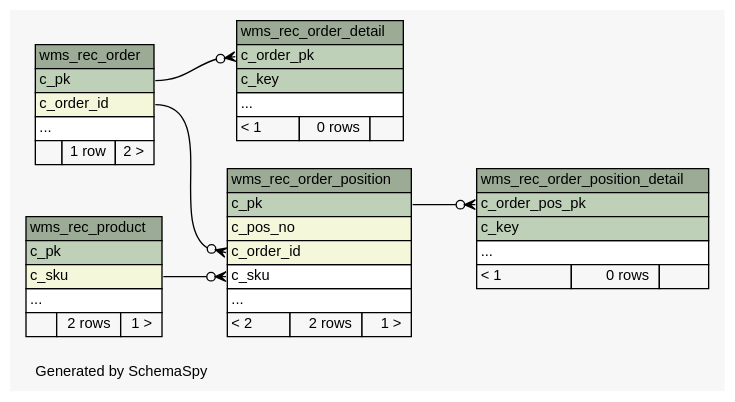
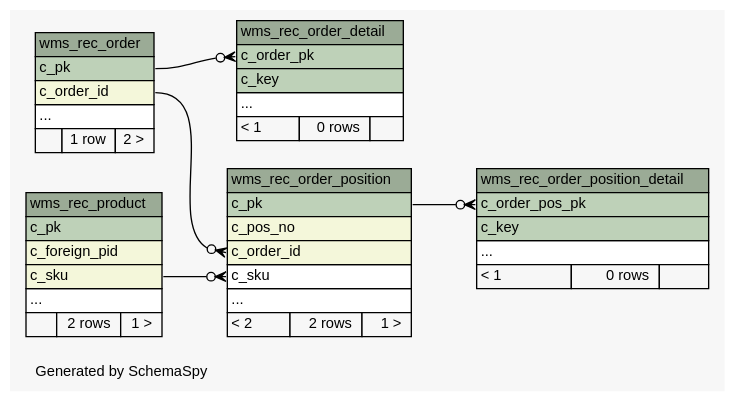
One commit to openwms/org.openwms.wms.receiving.lib changed the diagram in 1.0.0-SNAPSHOT/schemaspy/diagrams/summary/relationships.real.compact.dot. Above: the diagram before and after it, drawn with Graphviz. The commit also changed 276 other files, not shown here.

```diff
--- a/1.0.0-SNAPSHOT/schemaspy/diagrams/summary/relationships.real.compact.dot
+++ b/1.0.0-SNAPSHOT/schemaspy/diagrams/summary/relationships.real.compact.dot
@@ -1,88 +1,89 @@
 // dot 2.43.0 on Linux 5.8.0-1039-azure
 // SchemaSpy rev Unknown
 digraph "compactRelationshipsDiagram" {
   graph [
     rankdir="RL"
     bgcolor="#f7f7f7"
     label="\nGenerated by SchemaSpy"
     labeljust="l"
     nodesep="0.18"
     ranksep="0.46"
     fontname="Helvetica"
     fontsize="11"
   ];
   node [
     fontname="Helvetica"
     fontsize="11"
     shape="plaintext"
   ];
   edge [
     arrowsize="0.8"
   ];
   "wms_rec_order" [
     label=<
     <TABLE BORDER="0" CELLBORDER="1" CELLSPACING="0" BGCOLOR="#ffffff">
       <TR><TD COLSPAN="3" BGCOLOR="#9bab96" ALIGN="CENTER">wms_rec_order</TD></TR>
       <TR><TD PORT="c_pk" COLSPAN="3" BGCOLOR="#bed1b8" ALIGN="LEFT">c_pk</TD></TR>
       <TR><TD PORT="c_order_id" COLSPAN="3" BGCOLOR="#f4f7da" ALIGN="LEFT">c_order_id</TD></TR>
       <TR><TD PORT="elipses" COLSPAN="3" ALIGN="LEFT">...</TD></TR>
       <TR><TD ALIGN="LEFT" BGCOLOR="#f7f7f7">  </TD><TD ALIGN="RIGHT" BGCOLOR="#f7f7f7">1 row</TD><TD ALIGN="RIGHT" BGCOLOR="#f7f7f7">2 &gt;</TD></TR>
     </TABLE>>
     URL="tables/wms_rec_order.html"
     tooltip="wms_rec_order"
   ];
   "wms_rec_order_detail" [
     label=<
     <TABLE BORDER="0" CELLBORDER="1" CELLSPACING="0" BGCOLOR="#ffffff">
       <TR><TD COLSPAN="3" BGCOLOR="#9bab96" ALIGN="CENTER">wms_rec_order_detail</TD></TR>
       <TR><TD PORT="c_order_pk" COLSPAN="3" BGCOLOR="#bed1b8" ALIGN="LEFT">c_order_pk</TD></TR>
       <TR><TD PORT="c_key" COLSPAN="3" BGCOLOR="#bed1b8" ALIGN="LEFT">c_key</TD></TR>
       <TR><TD PORT="elipses" COLSPAN="3" ALIGN="LEFT">...</TD></TR>
       <TR><TD ALIGN="LEFT" BGCOLOR="#f7f7f7">&lt; 1</TD><TD ALIGN="RIGHT" BGCOLOR="#f7f7f7">0 rows</TD><TD ALIGN="RIGHT" BGCOLOR="#f7f7f7">  </TD></TR>
     </TABLE>>
     URL="tables/wms_rec_order_detail.html"
     tooltip="wms_rec_order_detail"
   ];
   "wms_rec_order_position" [
     label=<
     <TABLE BORDER="0" CELLBORDER="1" CELLSPACING="0" BGCOLOR="#ffffff">
       <TR><TD COLSPAN="3" BGCOLOR="#9bab96" ALIGN="CENTER">wms_rec_order_position</TD></TR>
       <TR><TD PORT="c_pk" COLSPAN="3" BGCOLOR="#bed1b8" ALIGN="LEFT">c_pk</TD></TR>
       <TR><TD PORT="c_pos_no" COLSPAN="3" BGCOLOR="#f4f7da" ALIGN="LEFT">c_pos_no</TD></TR>
       <TR><TD PORT="c_order_id" COLSPAN="3" BGCOLOR="#f4f7da" ALIGN="LEFT">c_order_id</TD></TR>
       <TR><TD PORT="c_sku" COLSPAN="3" ALIGN="LEFT">c_sku</TD></TR>
       <TR><TD PORT="elipses" COLSPAN="3" ALIGN="LEFT">...</TD></TR>
       <TR><TD ALIGN="LEFT" BGCOLOR="#f7f7f7">&lt; 2</TD><TD ALIGN="RIGHT" BGCOLOR="#f7f7f7">2 rows</TD><TD ALIGN="RIGHT" BGCOLOR="#f7f7f7">1 &gt;</TD></TR>
     </TABLE>>
     URL="tables/wms_rec_order_position.html"
     tooltip="wms_rec_order_position"
   ];
   "wms_rec_order_position_detail" [
     label=<
     <TABLE BORDER="0" CELLBORDER="1" CELLSPACING="0" BGCOLOR="#ffffff">
       <TR><TD COLSPAN="3" BGCOLOR="#9bab96" ALIGN="CENTER">wms_rec_order_position_detail</TD></TR>
       <TR><TD PORT="c_order_pos_pk" COLSPAN="3" BGCOLOR="#bed1b8" ALIGN="LEFT">c_order_pos_pk</TD></TR>
       <TR><TD PORT="c_key" COLSPAN="3" BGCOLOR="#bed1b8" ALIGN="LEFT">c_key</TD></TR>
       <TR><TD PORT="elipses" COLSPAN="3" ALIGN="LEFT">...</TD></TR>
       <TR><TD ALIGN="LEFT" BGCOLOR="#f7f7f7">&lt; 1</TD><TD ALIGN="RIGHT" BGCOLOR="#f7f7f7">0 rows</TD><TD ALIGN="RIGHT" BGCOLOR="#f7f7f7">  </TD></TR>
     </TABLE>>
     URL="tables/wms_rec_order_position_detail.html"
     tooltip="wms_rec_order_position_detail"
   ];
   "wms_rec_product" [
     label=<
     <TABLE BORDER="0" CELLBORDER="1" CELLSPACING="0" BGCOLOR="#ffffff">
       <TR><TD COLSPAN="3" BGCOLOR="#9bab96" ALIGN="CENTER">wms_rec_product</TD></TR>
       <TR><TD PORT="c_pk" COLSPAN="3" BGCOLOR="#bed1b8" ALIGN="LEFT">c_pk</TD></TR>
+      <TR><TD PORT="c_foreign_pid" COLSPAN="3" BGCOLOR="#f4f7da" ALIGN="LEFT">c_foreign_pid</TD></TR>
       <TR><TD PORT="c_sku" COLSPAN="3" BGCOLOR="#f4f7da" ALIGN="LEFT">c_sku</TD></TR>
       <TR><TD PORT="elipses" COLSPAN="3" ALIGN="LEFT">...</TD></TR>
       <TR><TD ALIGN="LEFT" BGCOLOR="#f7f7f7">  </TD><TD ALIGN="RIGHT" BGCOLOR="#f7f7f7">2 rows</TD><TD ALIGN="RIGHT" BGCOLOR="#f7f7f7">1 &gt;</TD></TR>
     </TABLE>>
     URL="tables/wms_rec_product.html"
     tooltip="wms_rec_product"
   ];
   "wms_rec_order_detail":"c_order_pk":w -> "wms_rec_order":"c_pk":e [arrowhead=none dir=back arrowtail=crowodot];
   "wms_rec_order_position":"c_order_id":w -> "wms_rec_order":"c_order_id":e [arrowhead=none dir=back arrowtail=crowodot];
   "wms_rec_order_position":"c_sku":w -> "wms_rec_product":"c_sku":e [arrowhead=none dir=back arrowtail=crowodot];
   "wms_rec_order_position_detail":"c_order_pos_pk":w -> "wms_rec_order_position":"c_pk":e [arrowhead=none dir=back arrowtail=crowodot];
 }
```
